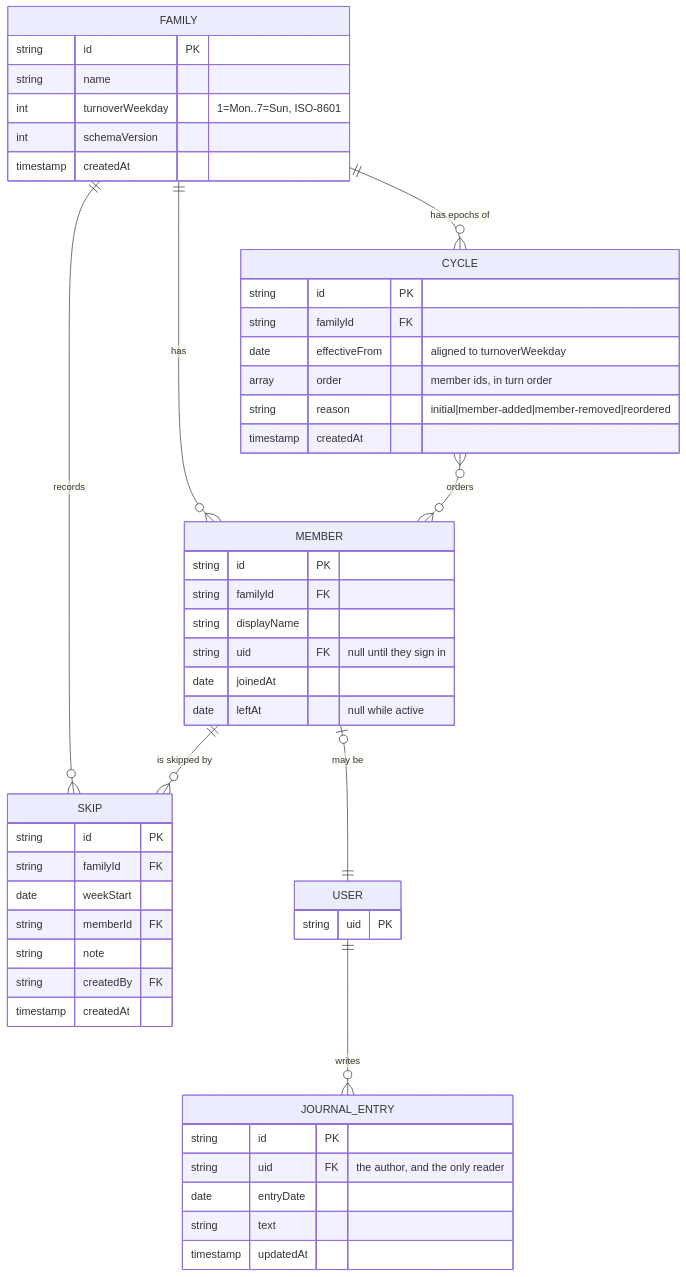
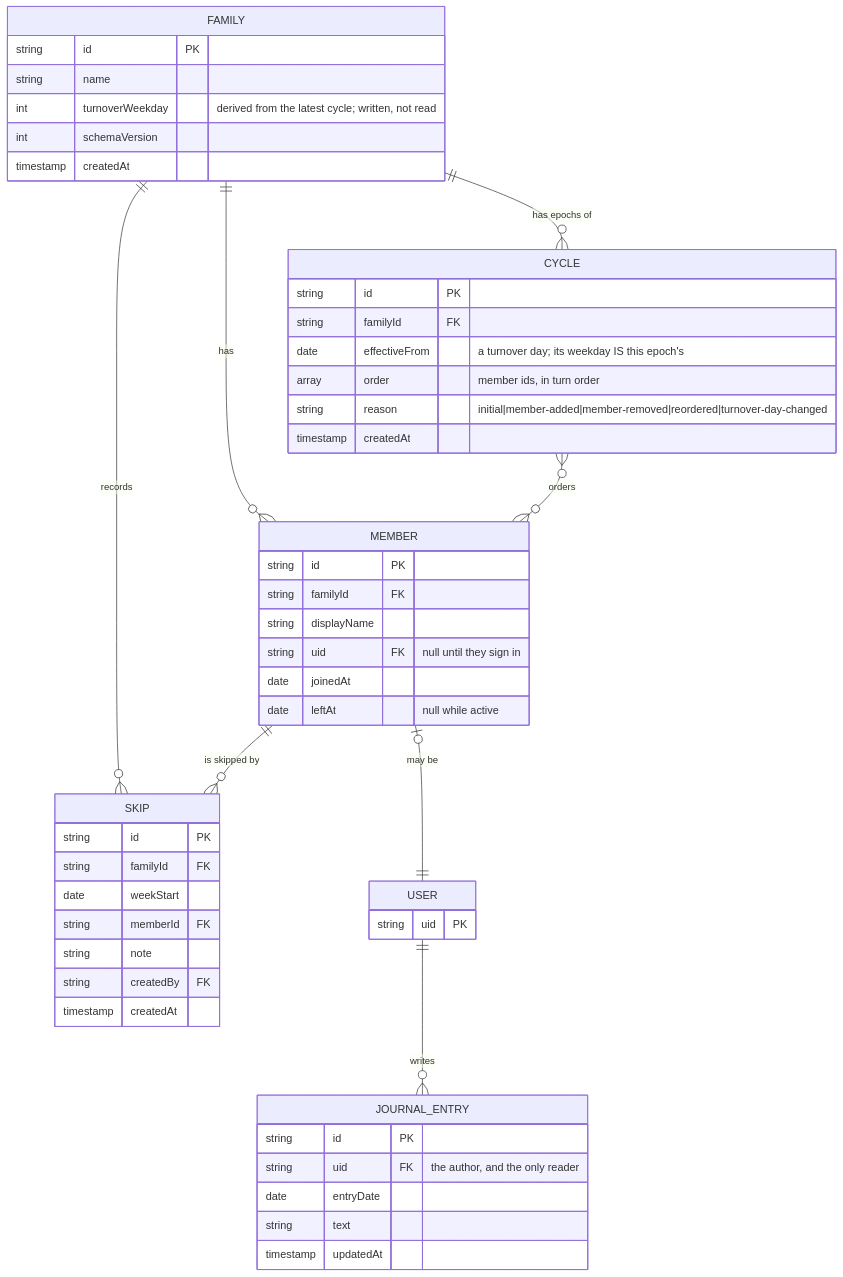
One commit to Jabulile1704/Mashibini-Prayer changed the diagram in docs/DATA-MODEL.md. Above: the diagram before and after it, drawn with Mermaid. The commit also changed other lines of this file and 22 other files, not shown here.

````diff
--- a/docs/DATA-MODEL.md
+++ b/docs/DATA-MODEL.md
@@ -70,53 +85,53 @@
 ```mermaid
 erDiagram
     FAMILY ||--o{ MEMBER : "has"
     FAMILY ||--o{ CYCLE : "has epochs of"
     FAMILY ||--o{ SKIP : "records"
     CYCLE }o--o{ MEMBER : "orders"
     MEMBER ||--o{ SKIP : "is skipped by"
     USER ||--o{ JOURNAL_ENTRY : "writes"
     MEMBER |o--|| USER : "may be"
 
     FAMILY {
         string id PK
         string name
-        int turnoverWeekday "1=Mon..7=Sun, ISO-8601"
+        int turnoverWeekday "derived from the latest cycle; written, not read"
         int schemaVersion
         timestamp createdAt
     }
     MEMBER {
         string id PK
         string familyId FK
         string displayName
         string uid FK "null until they sign in"
         date joinedAt
         date leftAt "null while active"
     }
     CYCLE {
         string id PK
         string familyId FK
-        date effectiveFrom "aligned to turnoverWeekday"
+        date effectiveFrom "a turnover day; its weekday IS this epoch's"
         array order "member ids, in turn order"
-        string reason "initial|member-added|member-removed|reordered"
+        string reason "initial|member-added|member-removed|reordered|turnover-day-changed"
         timestamp createdAt
     }
     SKIP {
         string id PK
         string familyId FK
         date weekStart
         string memberId FK
         string note
         string createdBy FK
         timestamp createdAt
     }
     JOURNAL_ENTRY {
         string id PK
         string uid FK "the author, and the only reader"
         date entryDate
         string text
         timestamp updatedAt
     }
     USER {
         string uid PK
     }
 ```
````
